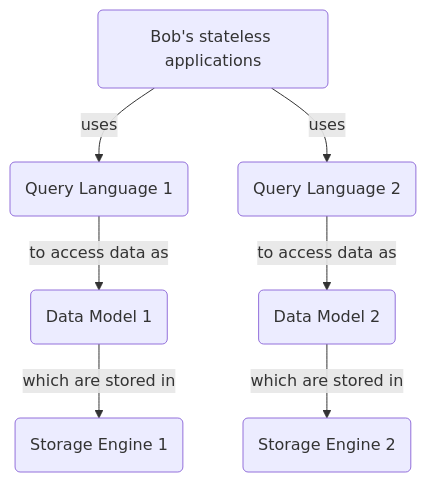
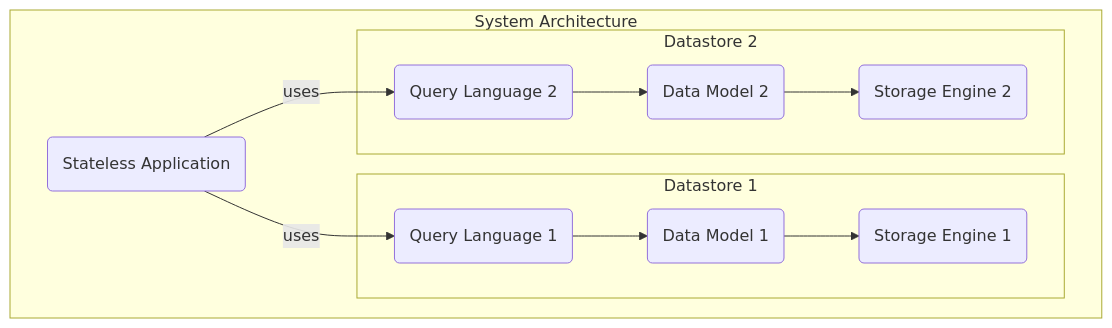
The second of 3 diagrams in src/meet_fdb/another_db.md (PierreZ/fdb-book), drawn with Mermaid before and after one commit. The commit also changed other lines of this file and 18 other files, not shown here.

````diff
--- a/src/meet_fdb/another_db.md
+++ b/src/meet_fdb/another_db.md
@@ -71,17 +56,17 @@
 ```mermaid
 flowchart TD
-    id1(Bob's stateless applications)
-    ql1(Query Language 1)
-    ql2(Query Language 2)
-    dm1(Data Model 1)
-    dm2(Data Model 2)
-    se1(Storage Engine 1)
-    se2(Storage Engine 2)
-    
-    id1 -- uses --> ql1 
-    ql1 -- to access data as --> dm1
-    dm1 -- which are stored in --> se1
-    id1 -- uses --> ql2
-    ql2 -- to access data as --> dm2
-    dm2 -- which are stored in --> se2
+    subgraph "System Architecture"
+        app("Stateless Application")
+
+        subgraph "Datastore 1"
+            ql1("Query Language 1") --> dm1("Data Model 1") --> se1("Storage Engine 1")
+        end
+
+        subgraph "Datastore 2"
+            ql2("Query Language 2") --> dm2("Data Model 2") --> se2("Storage Engine 2")
+        end
+
+        app -- "uses" --> ql1
+        app -- "uses" --> ql2
+    end
 ```
````
